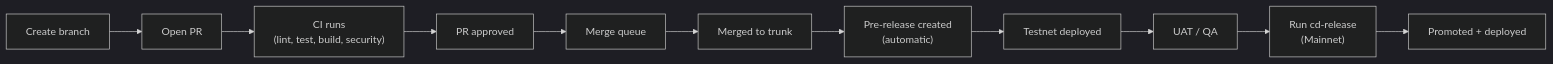
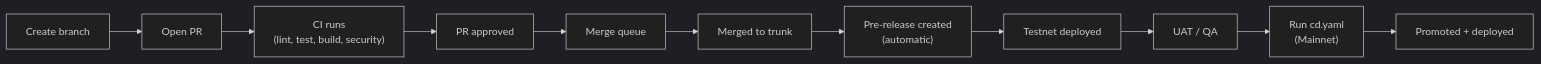
Before and after one commit to irken-empire/ic-siwa: the second of 3 diagrams in docs/ci-cd.md, drawn with Mermaid (dark theme). The commit also changed other lines of this file and 41 other files, not shown here.

````diff
--- a/docs/ci-cd.md
+++ b/docs/ci-cd.md
@@ -27,13 +27,13 @@
 ```mermaid
 graph LR
     A["Create branch"] --> B["Open PR"]
     B --> C["CI runs<br/>(lint, test, build, security)"]
     C --> D["PR approved"]
     D --> E["Merge queue"]
     E --> F["Merged to trunk"]
     F --> G["Pre-release created<br/>(automatic)"]
     G --> H["Testnet deployed"]
     H --> I["UAT / QA"]
-    I --> J["Run cd-release<br/>(Mainnet)"]
+    I --> J["Run cd.yaml<br/>(Mainnet)"]
     J --> K["Promoted + deployed"]
 ```
````
